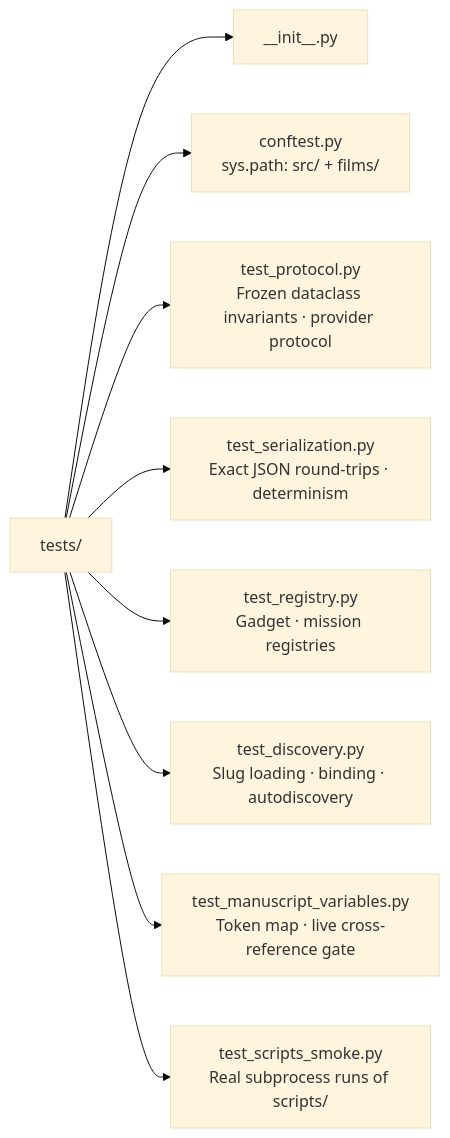
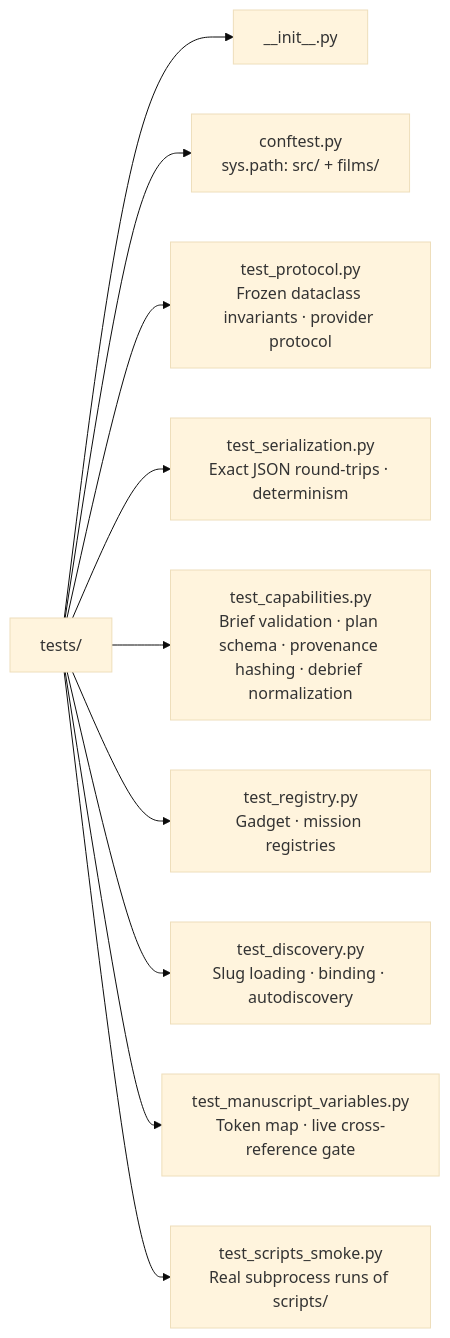
The diagram in tests/AGENTS.md (docxology/bond-api), drawn with Mermaid (base theme) before and after one commit. The commit also changed 22 other files, not shown here.

````diff
--- a/tests/AGENTS.md
+++ b/tests/AGENTS.md
@@ -11,12 +11,13 @@
 ```mermaid
 flowchart LR
     T[tests/]
     T --> INIT[__init__.py]
     T --> CFG[conftest.py<br/>sys.path: src/ + films/]
     T --> TP[test_protocol.py<br/>Frozen dataclass invariants · provider protocol]
     T --> TS[test_serialization.py<br/>Exact JSON round-trips · determinism]
+    T --> TC[test_capabilities.py<br/>Brief validation · plan schema · provenance hashing · debrief normalization]
     T --> TR[test_registry.py<br/>Gadget · mission registries]
     T --> TD[test_discovery.py<br/>Slug loading · binding · autodiscovery]
     T --> TMV[test_manuscript_variables.py<br/>Token map · live cross-reference gate]
     T --> TSS[test_scripts_smoke.py<br/>Real subprocess runs of scripts/]
 ```
````
